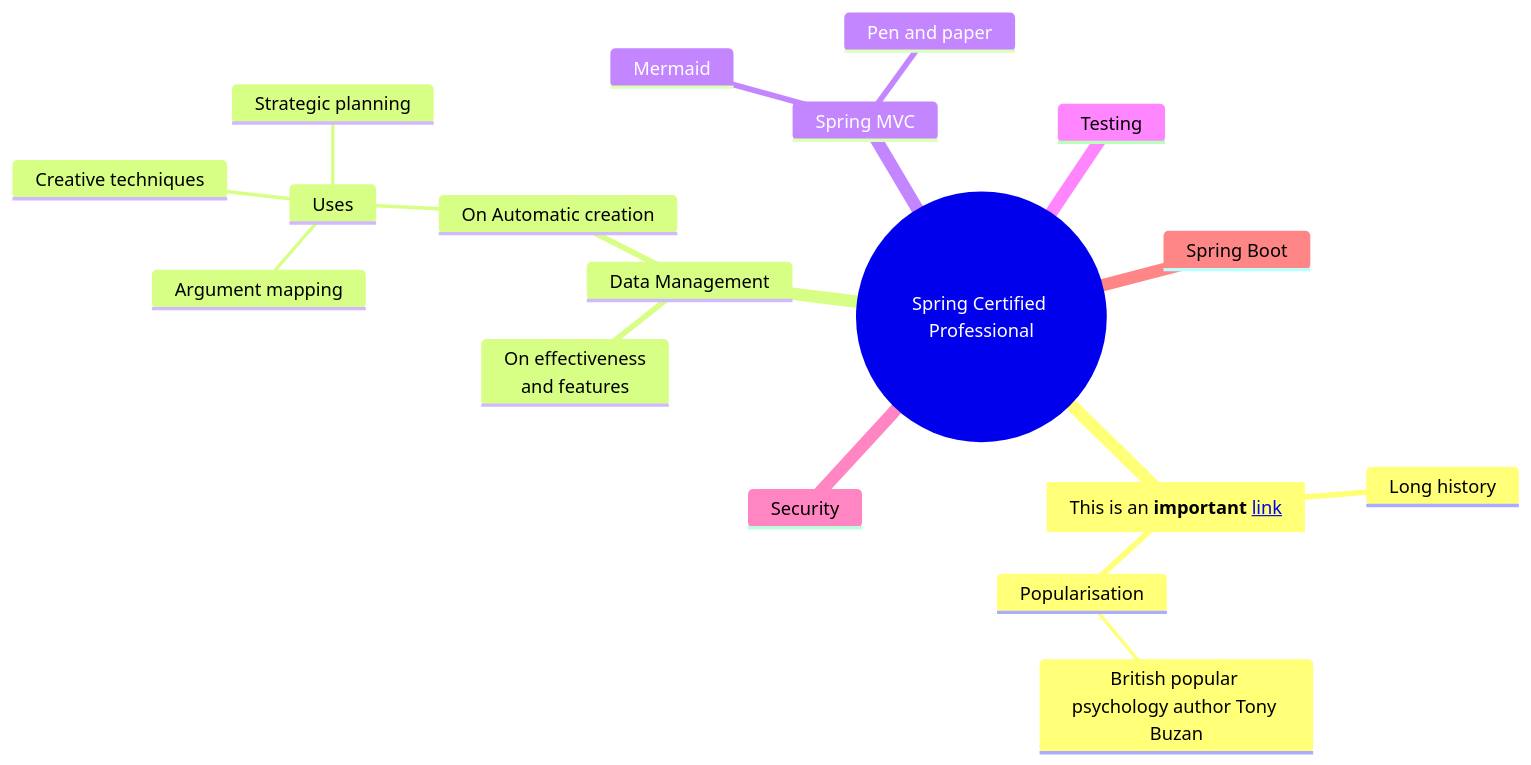
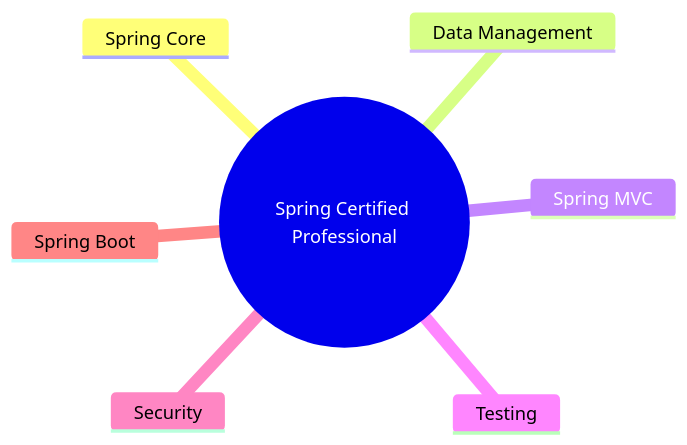
The diagram in content/spring-certified-pro/00-master/README.md (jrsmth/spring), drawn with Mermaid before and after one commit.

Commit message:
[SCP-0] Revision set-up

````diff
--- a/content/spring-certified-pro/00-master/README.md
+++ b/content/spring-certified-pro/00-master/README.md
@@ -7,22 +7,10 @@
 ```mermaid
 mindmap
   root((Spring Certified Professional))
-    A[This is an <b>important</b> <a href='https://google.com'>link</a>]
-      Long history
-      ::icon(fa fa-book)
-      Popularisation
-        British popular psychology author Tony Buzan
+    Spring Core
     Data Management
-      On effectiveness<br/>and features
-      On Automatic creation
-        Uses
-            Creative techniques
-            Strategic planning
-            Argument mapping
     Spring MVC
-      Pen and paper
-      Mermaid
     Testing
     Security
     Spring Boot
 ```
````
